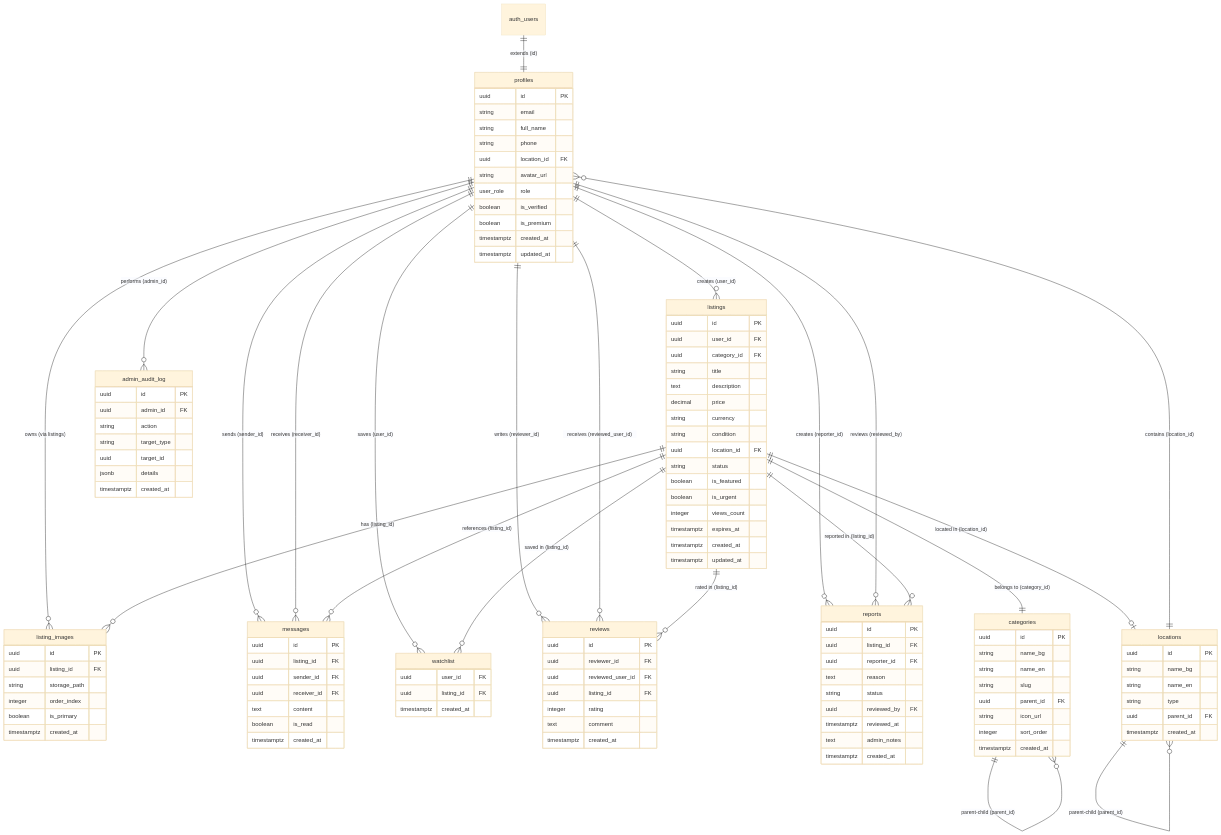
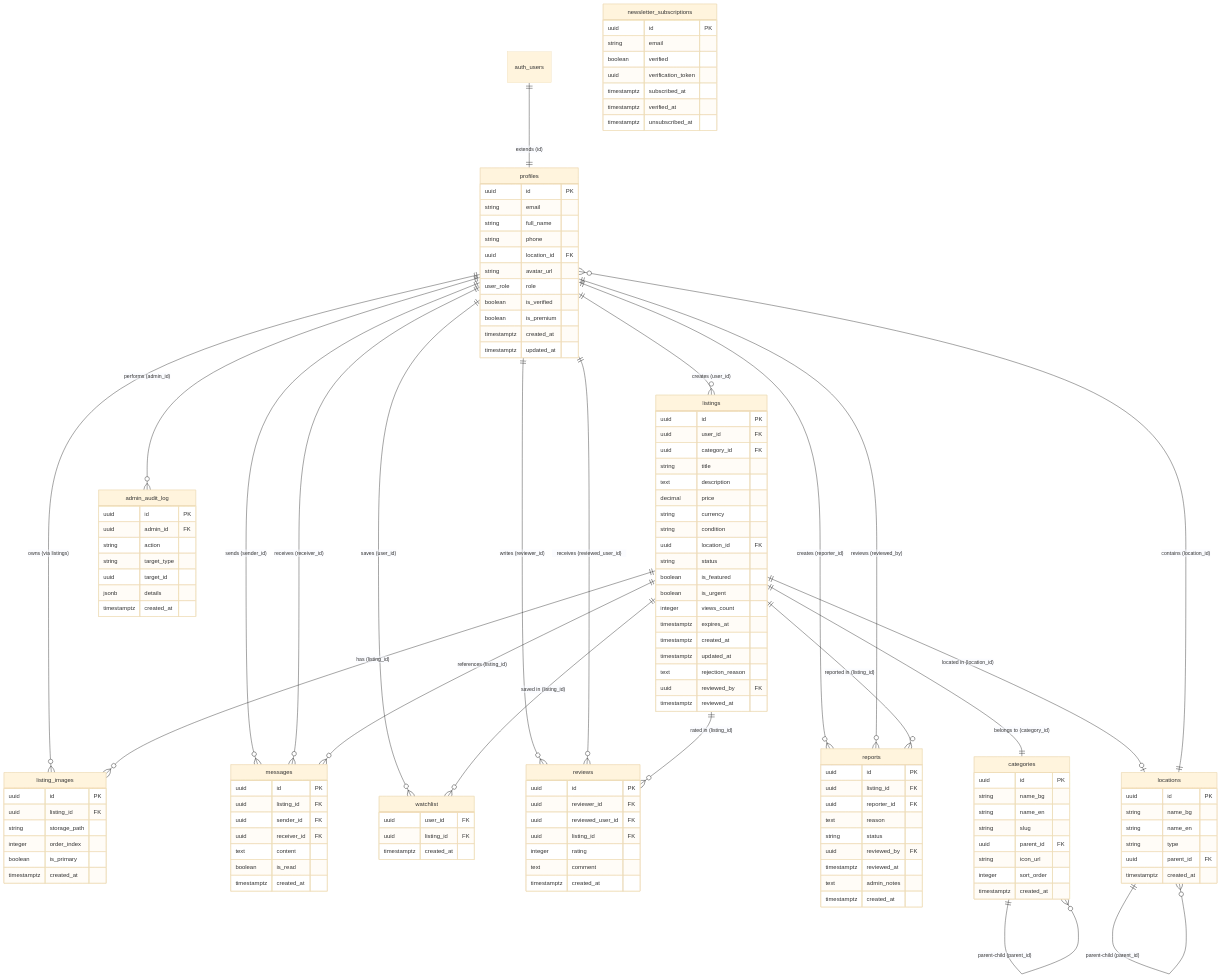
Before and after one commit to momtchilbotev/metalcutting-hub: the diagram in README.md, drawn with Mermaid (base theme). The commit also changed other lines of this file and 4 other files, not shown here.

````diff
--- a/README.md
+++ b/README.md
@@ -281,6 +305,9 @@
         timestamptz expires_at
         timestamptz created_at
         timestamptz updated_at
+        text rejection_reason
+        uuid reviewed_by FK
+        timestamptz reviewed_at
     }
 
     listing_images {
@@ -359,4 +386,14 @@
         text admin_notes
         timestamptz created_at
     }
+
+    newsletter_subscriptions {
+        uuid id PK
+        string email
+        boolean verified
+        uuid verification_token
+        timestamptz subscribed_at
+        timestamptz verified_at
+        timestamptz unsubscribed_at
+    }
 ```
````
